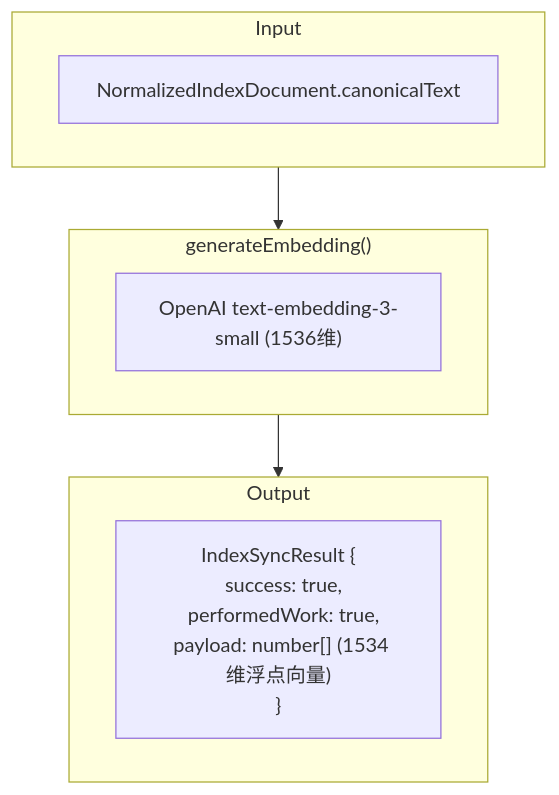
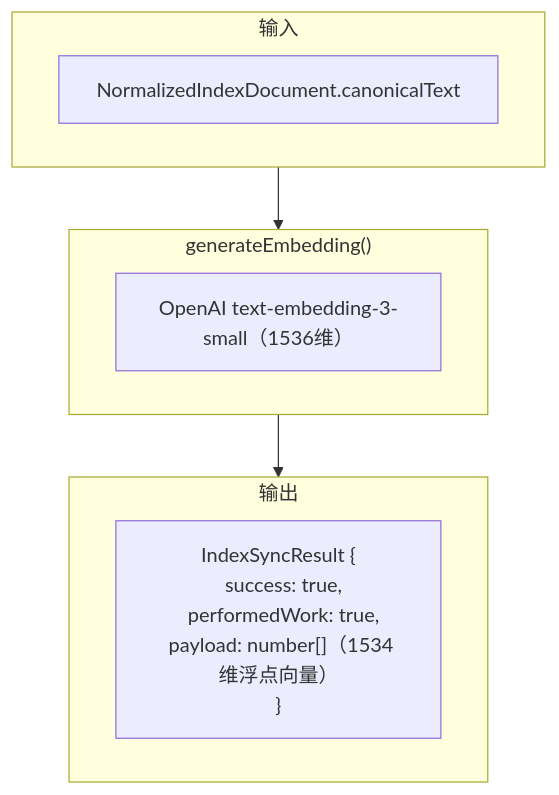
The second of 4 diagrams in docs/architecture/components/INDEXING.md (pofossette/TrapMap-for-vibing), drawn with Mermaid before and after one commit. The commit also changed other lines of this file and 31 other files, not shown here.

````diff
--- a/docs/architecture/components/INDEXING.md
+++ b/docs/architecture/components/INDEXING.md
@@ -143,16 +143,16 @@
 ```mermaid
 flowchart TB
-    subgraph Input["Input"]
+    subgraph 输入["输入"]
         A["NormalizedIndexDocument.canonicalText"]
     end
 
-    subgraph Embedding["generateEmbedding()"]
-        B["OpenAI text-embedding-3-small (1536维)"]
+    subgraph 嵌入生成["generateEmbedding()"]
+        B["OpenAI text-embedding-3-small（1536维）"]
     end
 
-    subgraph Output["Output"]
-        C["IndexSyncResult {\n  success: true,\n  performedWork: true,\n  payload: number[] (1534 维浮点向量)\n}"]
+    subgraph 输出["输出"]
+        C["IndexSyncResult {\n  success: true,\n  performedWork: true,\n  payload: number[]（1534 维浮点向量）\n}"]
     end
 
-    Input --> Embedding --> Output
+    输入 --> 嵌入生成 --> 输出
 ```
````
